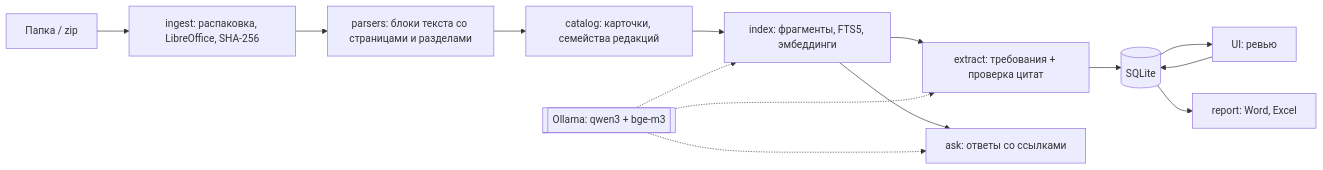
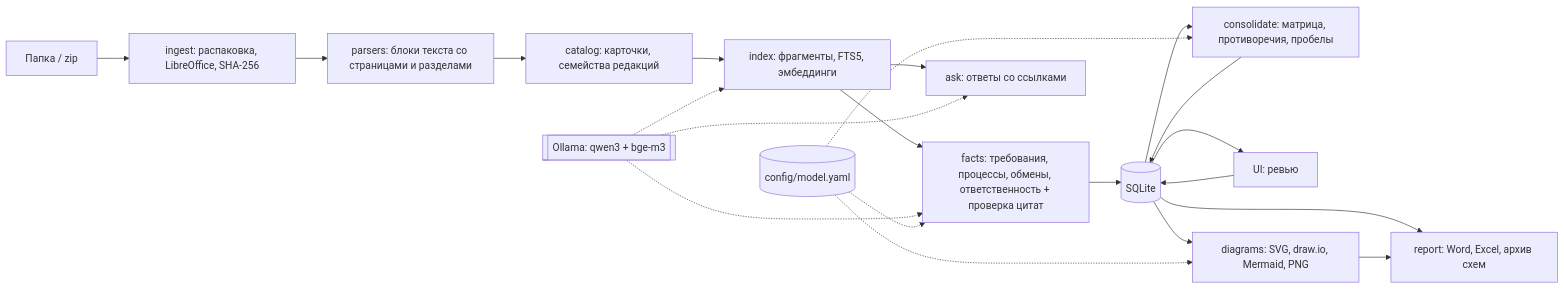
Before and after one commit to lliill1/amr-rms-logistics-docs-analysis: the diagram in docs/ARCHITECTURE.md, drawn with Mermaid. The commit also changed other lines of this file and 46 other files, not shown here.

````diff
--- a/docs/ARCHITECTURE.md
+++ b/docs/ARCHITECTURE.md
@@ -14,14 +14,19 @@
 ```mermaid
 flowchart LR
   A[Папка / zip] --> B[ingest: распаковка, LibreOffice, SHA-256]
   B --> C[parsers: блоки текста со страницами и разделами]
   C --> D[catalog: карточки, семейства редакций]
   D --> E[index: фрагменты, FTS5, эмбеддинги]
-  E --> F[extract: требования + проверка цитат]
+  E --> F[facts: требования, процессы, обмены, ответственность + проверка цитат]
   F --> G[(SQLite)]
+  G --> K[consolidate: матрица, противоречия, пробелы]
+  K --> G
   G --> H[UI: ревью]
   H --> G
-  G --> I[report: Word, Excel]
+  G --> M[diagrams: SVG, draw.io, Mermaid, PNG]
+  G --> I[report: Word, Excel, архив схем]
+  M --> I
   E --> J[ask: ответы со ссылками]
   L[[Ollama: qwen3 + bge-m3]] -.-> E & F & J
+  V[(config/model.yaml)] -.-> F & K & M
 ```
````
